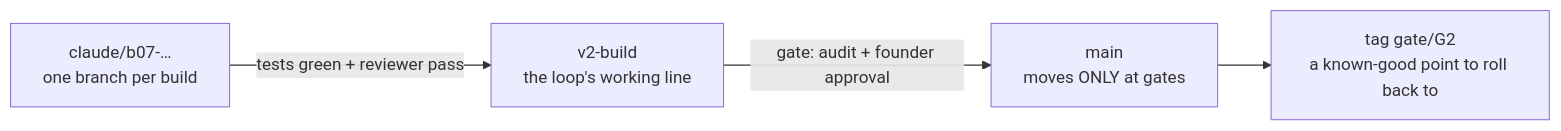
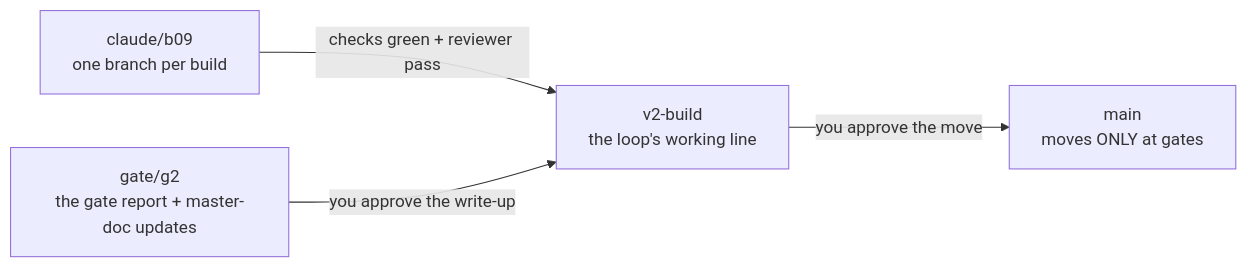
Before and after one commit to vedantgautam1/chronos: the seventh of 8 diagrams in docs/v2/build/BLUEPRINT.md, drawn with Mermaid. The commit also changed other lines of this file and 43 other files, not shown here.

````diff
--- a/docs/v2/build/BLUEPRINT.md
+++ b/docs/v2/build/BLUEPRINT.md
@@ -329,6 +334,6 @@
 ```mermaid
 flowchart LR
-  BR["claude/b07-…<br/>one branch per build"] -->|"tests green + reviewer pass"| VB["v2-build<br/>the loop's working line"]
-  VB -->|"gate: audit + founder approval"| MN["main<br/>moves ONLY at gates"]
-  MN --> TG["tag gate/G2<br/>a known-good point to roll back to"]
+  BR["claude/b09<br/>one branch per build"] -->|"checks green + reviewer pass"| VB["v2-build<br/>the loop's working line"]
+  GW["gate/g2<br/>the gate report + master-doc updates"] -->|"you approve the write-up"| VB
+  VB -->|"you approve the move"| MN["main<br/>moves ONLY at gates"]
 ```
````
